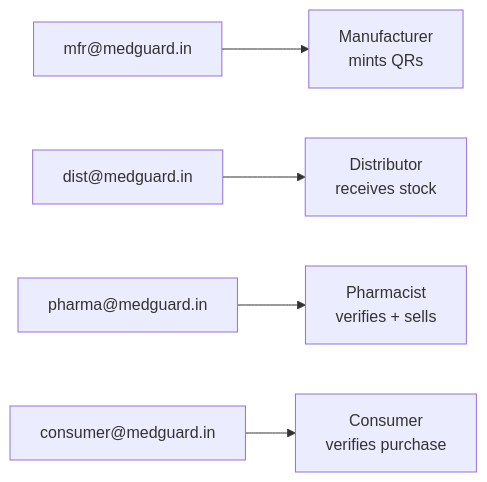
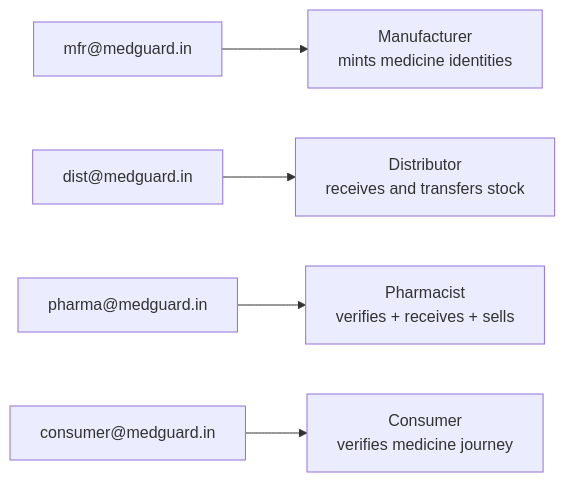
The ninth of 10 diagrams in README.md (tanaymitra54/sih_2026), drawn with Mermaid before and after one commit. The commit also changed other lines of this file, not shown here.

````diff
--- a/README.md
+++ b/README.md
@@ -96,7 +839,15 @@
 ```mermaid
 flowchart LR
-    mfr["mfr@medguard.in"] --> M[Manufacturer<br/>mints QRs]
-    dist["dist@medguard.in"] --> D[Distributor<br/>receives stock]
-    pharma["pharma@medguard.in"] --> P[Pharmacist<br/>verifies + sells]
-    consumer["consumer@medguard.in"] --> C[Consumer<br/>verifies purchase]
+
+    mfr["mfr@medguard.in"]
+        --> M[Manufacturer<br/>mints medicine identities]
+
+    dist["dist@medguard.in"]
+        --> D[Distributor<br/>receives and transfers stock]
+
+    pharma["pharma@medguard.in"]
+        --> P[Pharmacist<br/>verifies + receives + sells]
+
+    consumer["consumer@medguard.in"]
+        --> C[Consumer<br/>verifies medicine journey]
 ```
````
